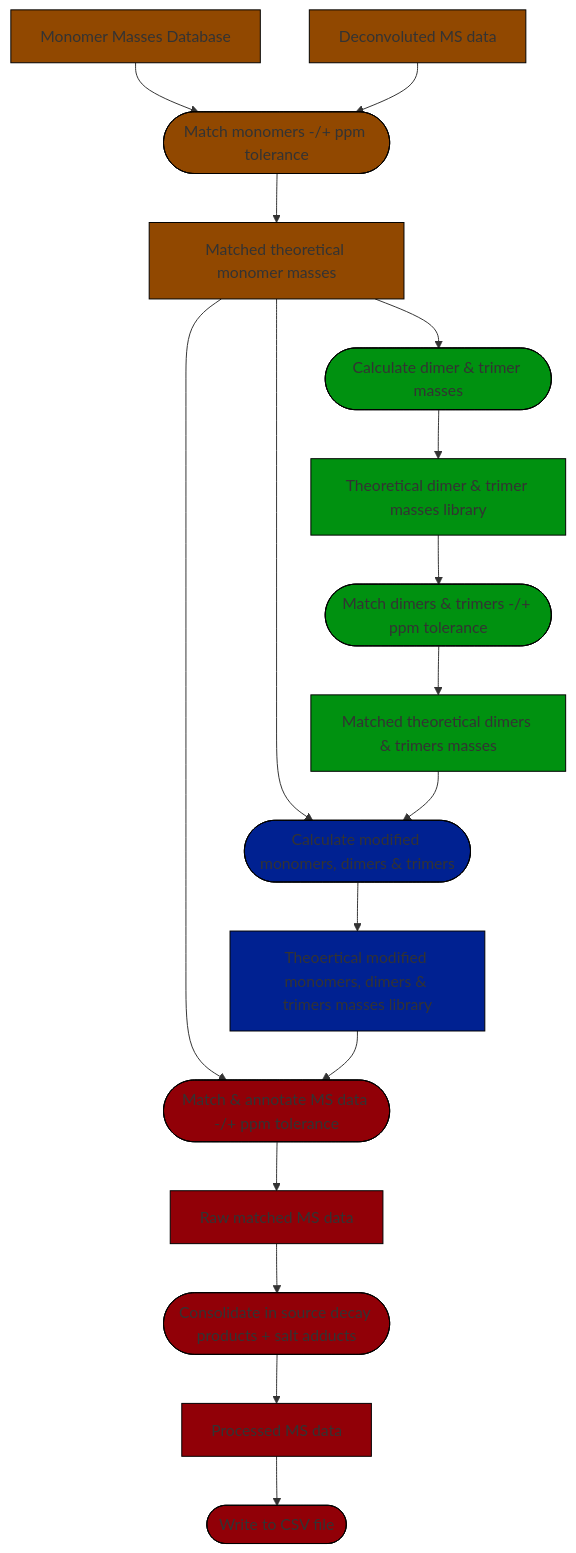
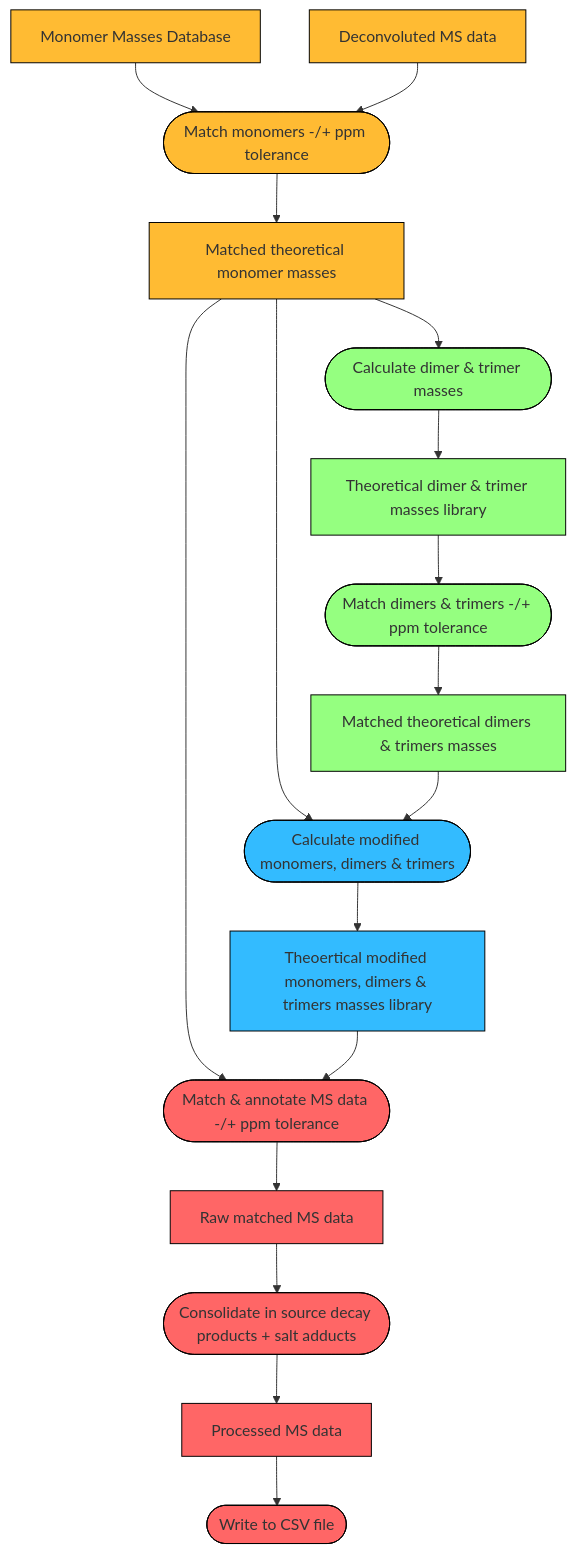
The diagram in docs/introduction.md (Mesnage-Org/pgfinder), drawn with Mermaid before and after one commit. The commit also changed other lines of this file and 1 other file, not shown here.

Commit message:
105 | Brief intro & tweaks to colours in flow diagram; Binder details in installation

````diff
--- a/docs/introduction.md
+++ b/docs/introduction.md
@@ -14,35 +18,35 @@
 ```{mermaid}
 graph TD;
 
     A[Monomer Masses Database] --> C[Match monomers]
     B[Deconvoluted MS data] --> C([Match monomers -/+ ppm tolerance])
     C --> D[Matched theoretical monomer masses]
     D --> E([Calculate dimer & trimer masses])
     D --> I([Calculate modified monomers, dimers & trimers])
     D --> K([Match & annotate MS data -/+ ppm tolerance])
     E --> F[Theoretical dimer & trimer masses library]
     F --> G([Match dimers & trimers -/+ ppm tolerance])
     G --> H[Matched theoretical dimers & trimers masses]
     H --> I
     I --> J[Theoertical modified monomers, dimers & trimers masses library]
     J --> K
     K --> L[Raw matched MS data]
     L --> M([Consolidate in source decay products + salt adducts])
     M --> N[Processed MS data]
     N --> O([Write to CSV file])
-    style A fill:#914800,stroke:#000000
-    style B fill:#914800,stroke:#000000
-    style C fill:#914800,stroke:#000000
-    style D fill:#914800,stroke:#000000
-    style E fill:#009110,stroke:#000000
-    style F fill:#009110,stroke:#000000
-    style G fill:#009110,stroke:#000000
-    style H fill:#009110,stroke:#000000
-    style I fill:#002191,stroke:#000000
-    style J fill:#002191,stroke:#000000
-    style K fill:#910007,stroke:#000000
-    style L fill:#910007,stroke:#000000
-    style M fill:#910007,stroke:#000000
-    style N fill:#910007,stroke:#000000
-    style O fill:#910007,stroke:#000000
+    style A fill:#FFBB33,stroke:#000000
+    style B fill:#FFBB33,stroke:#000000
+    style C fill:#FFBB33,stroke:#000000
+    style D fill:#FFBB33,stroke:#000000
+    style E fill:#95FF80,stroke:#000000
+    style F fill:#95FF80,stroke:#000000
+    style G fill:#95FF80,stroke:#000000
+    style H fill:#95FF80,stroke:#000000
+    style I fill:#33BBFF,stroke:#000000
+    style J fill:#33BBFF,stroke:#000000
+    style K fill:#FF6666,stroke:#000000
+    style L fill:#FF6666,stroke:#000000
+    style M fill:#FF6666,stroke:#000000
+    style N fill:#FF6666,stroke:#000000
+    style O fill:#FF6666,stroke:#000000
 ```
````
